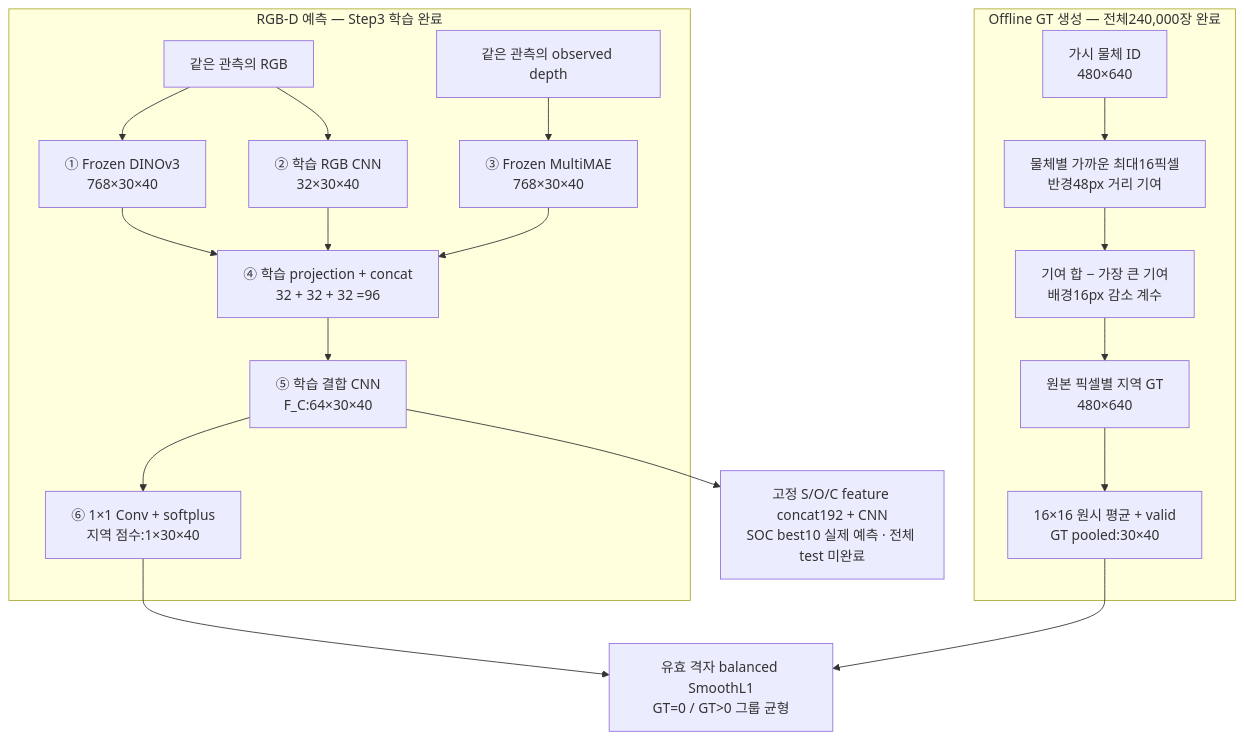
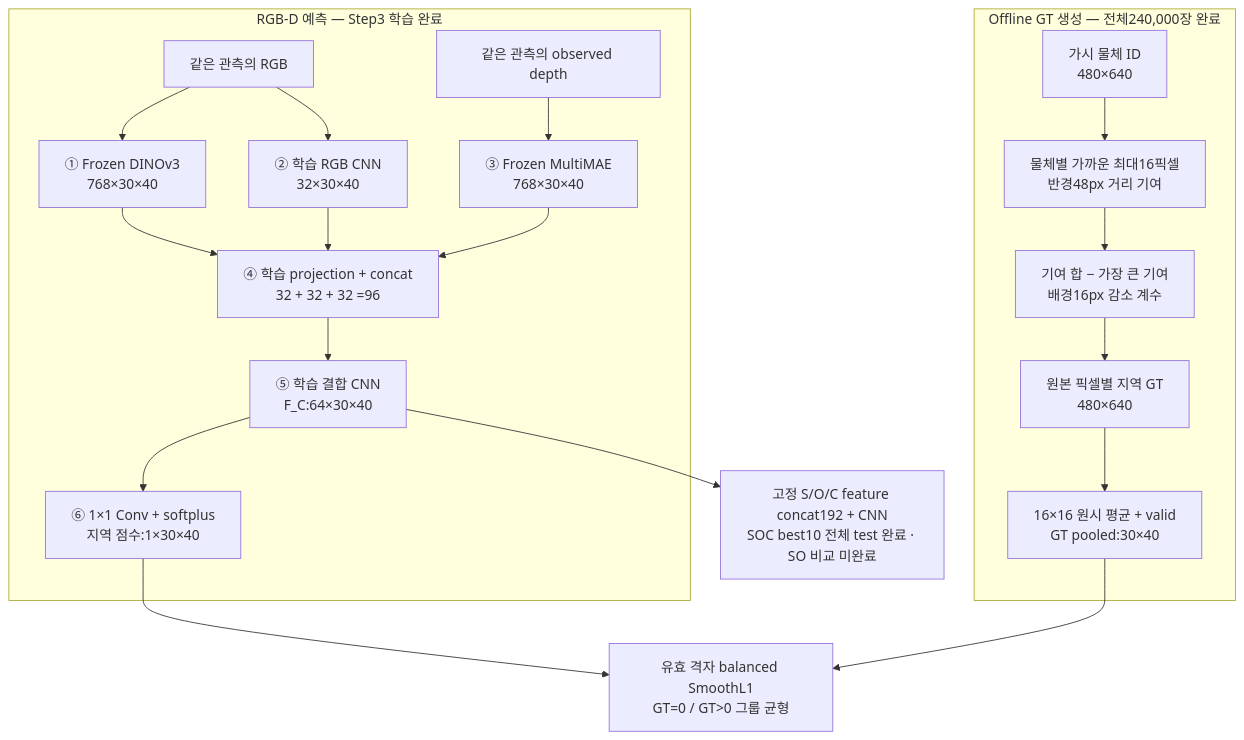
The diagram in complexity_stream.md (JeonHaneul/2D-PDM_DINOv3), drawn with Mermaid before and after one commit. The commit also changed other lines of this file and 19 other files, not shown here.

Commit message:
docs: publish SOC test results and clarify evaluation metrics

````diff
--- a/complexity_stream.md
+++ b/complexity_stream.md
@@ -152,22 +176,22 @@
 ```mermaid
 flowchart TB
     subgraph GT["Offline GT 생성 — 전체240,000장 완료"]
         ID["가시 물체 ID<br/>480×640"] --> DIST["물체별 가까운 최대16픽셀<br/>반경48px 거리 기여"]
         DIST --> REGION["기여 합 − 가장 큰 기여<br/>배경16px 감소 계수"]
         REGION --> FULL["원본 픽셀별 지역 GT<br/>480×640"]
         FULL --> POOL["16×16 원시 평균 + valid<br/>GT pooled:30×40"]
     end
     subgraph MODEL["RGB-D 예측 — Step3 학습 완료"]
         RGB["같은 관측의 RGB"] --> DINO["① Frozen DINOv3<br/>768×30×40"]
         RGB --> DETAIL["② 학습 RGB CNN<br/>32×30×40"]
         DEPTH["같은 관측의 observed depth"] --> MAE["③ Frozen MultiMAE<br/>768×30×40"]
         DINO --> CAT["④ 학습 projection + concat<br/>32 + 32 + 32 =96"]
         DETAIL --> CAT
         MAE --> CAT
         CAT --> FC["⑤ 학습 결합 CNN<br/>F_C:64×30×40"]
         FC --> PRED["⑥ 1×1 Conv + softplus<br/>지역 점수:1×30×40"]
     end
     PRED --> LOSS["유효 격자 balanced SmoothL1<br/>GT=0 / GT>0 그룹 균형"]
     POOL --> LOSS
-    FC --> FUSION["고정 S/O/C feature concat192 + CNN<br/>SOC best10 실제 예측 · 전체 test 미완료"]
+    FC --> FUSION["고정 S/O/C feature concat192 + CNN<br/>SOC best10 전체 test 완료 · SO 비교 미완료"]
 ```
````
